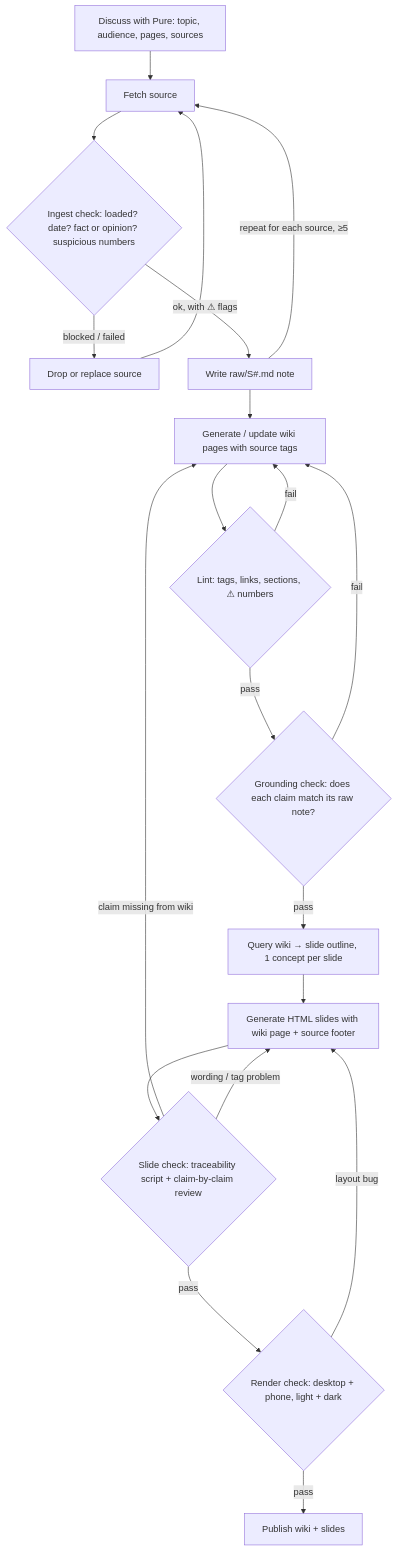
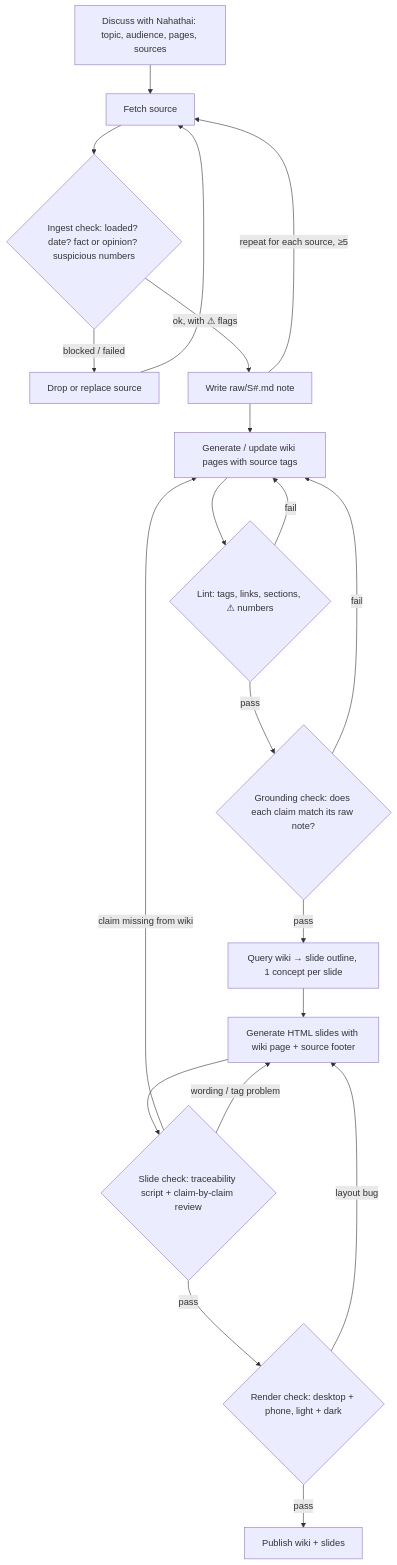
Before and after one commit to nahathaiw/crypto-llm-wiki: the diagram in loop-design.md, drawn with Mermaid.

Commit message:
loop-design: first diagram box says Nahathai

````diff
--- a/loop-design.md
+++ b/loop-design.md
@@ -7,21 +7,21 @@
 ```mermaid
 flowchart TD
-  A[Discuss with Pure: topic, audience, pages, sources] --> B[Fetch source]
+  A[Discuss with Nahathai: topic, audience, pages, sources] --> B[Fetch source]
   B --> C{Ingest check: loaded? date? fact or opinion? suspicious numbers}
   C -- blocked / failed --> B2[Drop or replace source] --> B
   C -- ok, with ⚠ flags --> D[Write raw/S#.md note]
   D -->|repeat for each source, ≥5| B
   D --> E[Generate / update wiki pages with source tags]
   E --> F{Lint: tags, links, sections, ⚠ numbers}
   F -- fail --> E
   F -- pass --> G{Grounding check: does each claim match its raw note?}
   G -- fail --> E
   G -- pass --> H[Query wiki → slide outline, 1 concept per slide]
   H --> I[Generate HTML slides with wiki page + source footer]
   I --> J{Slide check: traceability script + claim-by-claim review}
   J -- claim missing from wiki --> E
   J -- wording / tag problem --> I
   J -- pass --> K{Render check: desktop + phone, light + dark}
   K -- layout bug --> I
   K -- pass --> L[Publish wiki + slides]
 ```
````
